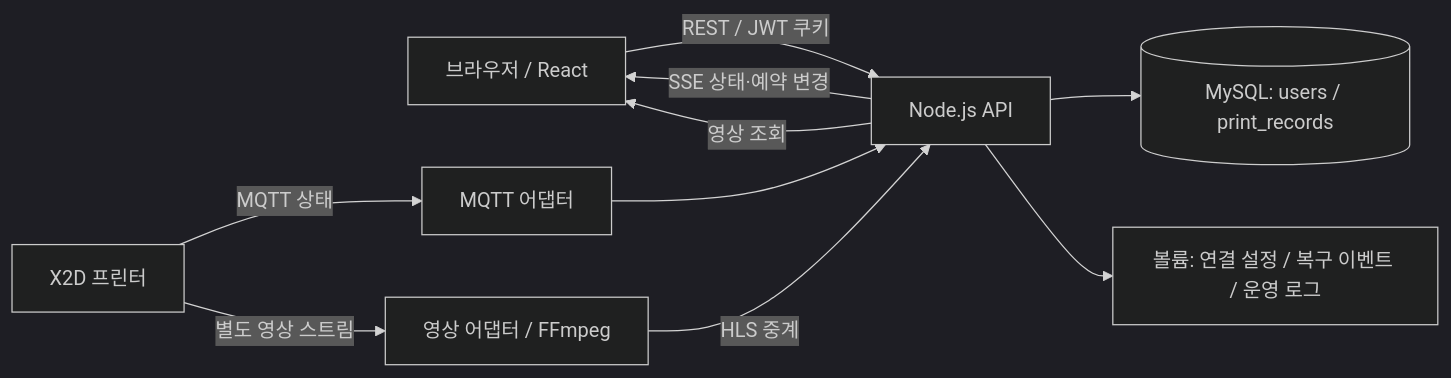
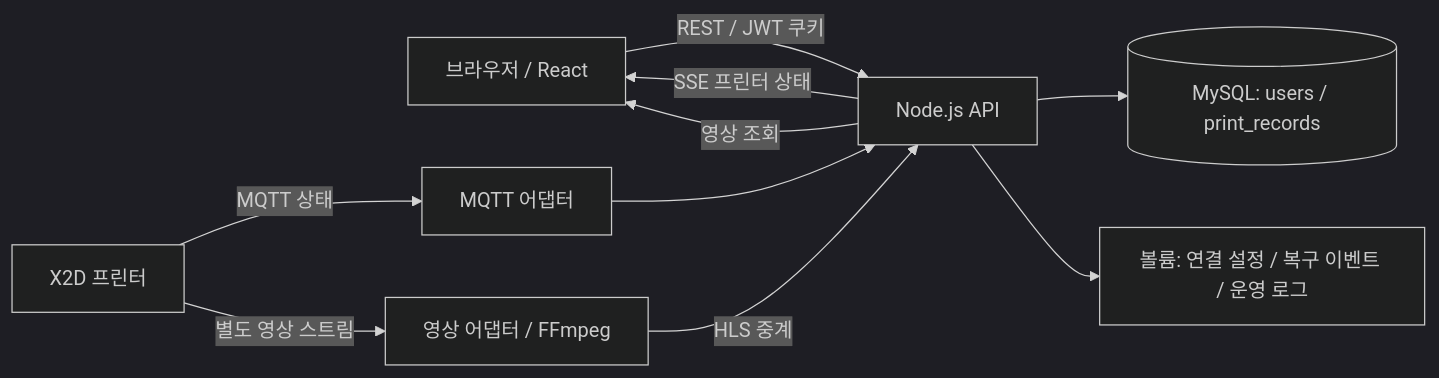
The diagram in README.md (mimeworld/Bamboolab_monitor_page), drawn with Mermaid (dark theme) before and after one commit. The commit also changed other lines of this file and 29 other files, not shown here.

````diff
--- a/README.md
+++ b/README.md
@@ -61,12 +58,12 @@
 ```mermaid
 flowchart LR
     U[브라우저 / React] -->|REST / JWT 쿠키| A[Node.js API]
-    A -->|SSE 상태·예약 변경| U
+    A -->|SSE 프린터 상태| U
     P[X2D 프린터] -->|MQTT 상태| M[MQTT 어댑터]
     M --> A
     P -->|별도 영상 스트림| C[영상 어댑터 / FFmpeg]
     C -->|HLS 중계| A
     A -->|영상 조회| U
     A --> D[(MySQL: users / print_records)]
     A --> F[볼륨: 연결 설정 / 복구 이벤트 / 운영 로그]
 ```
````
